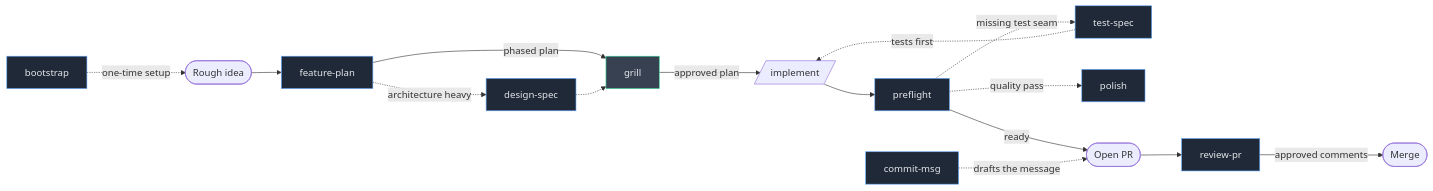
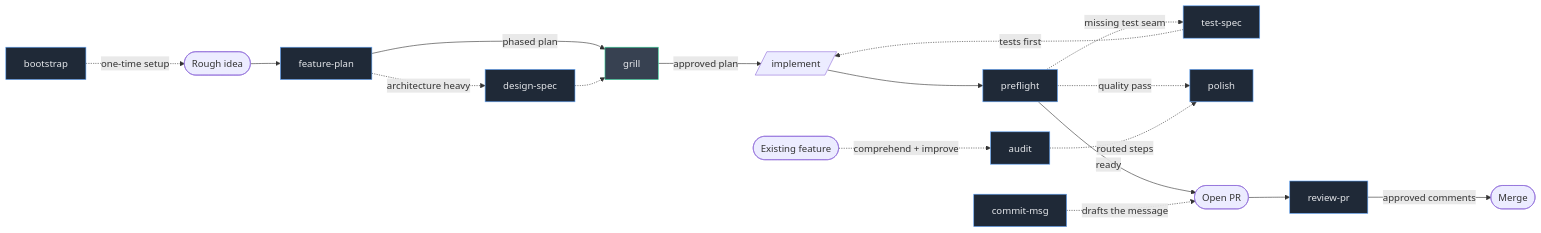
Before and after one commit to powerslider/nitpickle: the first of 5 diagrams in README.md, drawn with Mermaid. The commit also changed other lines of this file and 11 other files, not shown here.

First line of the commit message:
feat(audit): add comprehend-and-improve skill for existing code (#3)

````diff
--- a/README.md
+++ b/README.md
@@ -112,22 +112,24 @@
 ```mermaid
 flowchart LR
     BST[bootstrap] -.->|one-time setup| idea([Rough idea])
     idea --> FP[feature-plan]
     FP -->|phased plan| GR[grill]
     GR -->|approved plan| IMPL[/implement/]
     FP -.->|architecture heavy| DS[design-spec]
     DS -.-> GR
     TS[test-spec] -.->|tests first| IMPL
     IMPL --> PF[preflight]
     PF -.->|quality pass| PL[polish]
     PF -.->|missing test seam| TS
     PF -->|ready| PR([Open PR])
     CM[commit-msg] -.->|drafts the message| PR
     PR --> RV[review-pr]
     RV -->|approved comments| MERGE([Merge])
+    EXF([Existing feature]) -.->|comprehend + improve| AU[audit]
+    AU -.->|routed steps| PL
 
     classDef skill fill:#1f2937,stroke:#60a5fa,color:#e5e7eb
     classDef gate fill:#374151,stroke:#34d399,color:#e5e7eb
-    class FP,DS,PF,RV,BST,CM,PL,TS skill
+    class FP,DS,PF,RV,BST,CM,PL,TS,AU skill
     class GR gate
 ```
````
